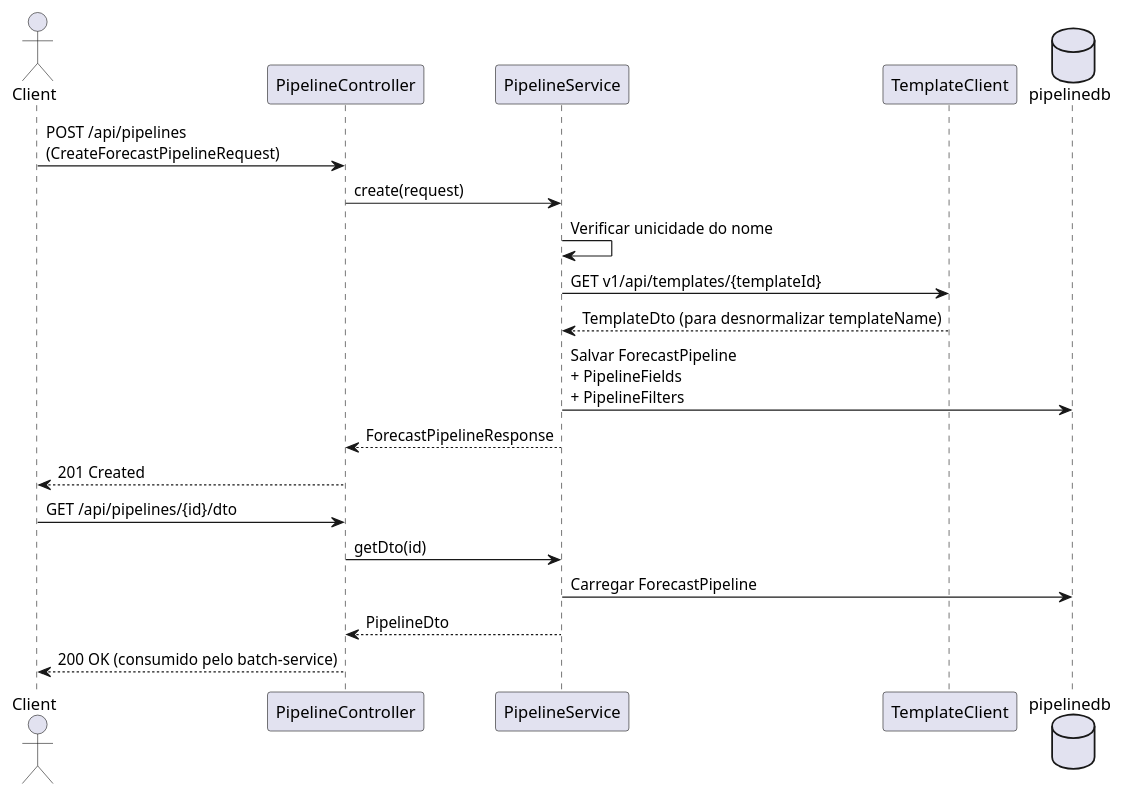
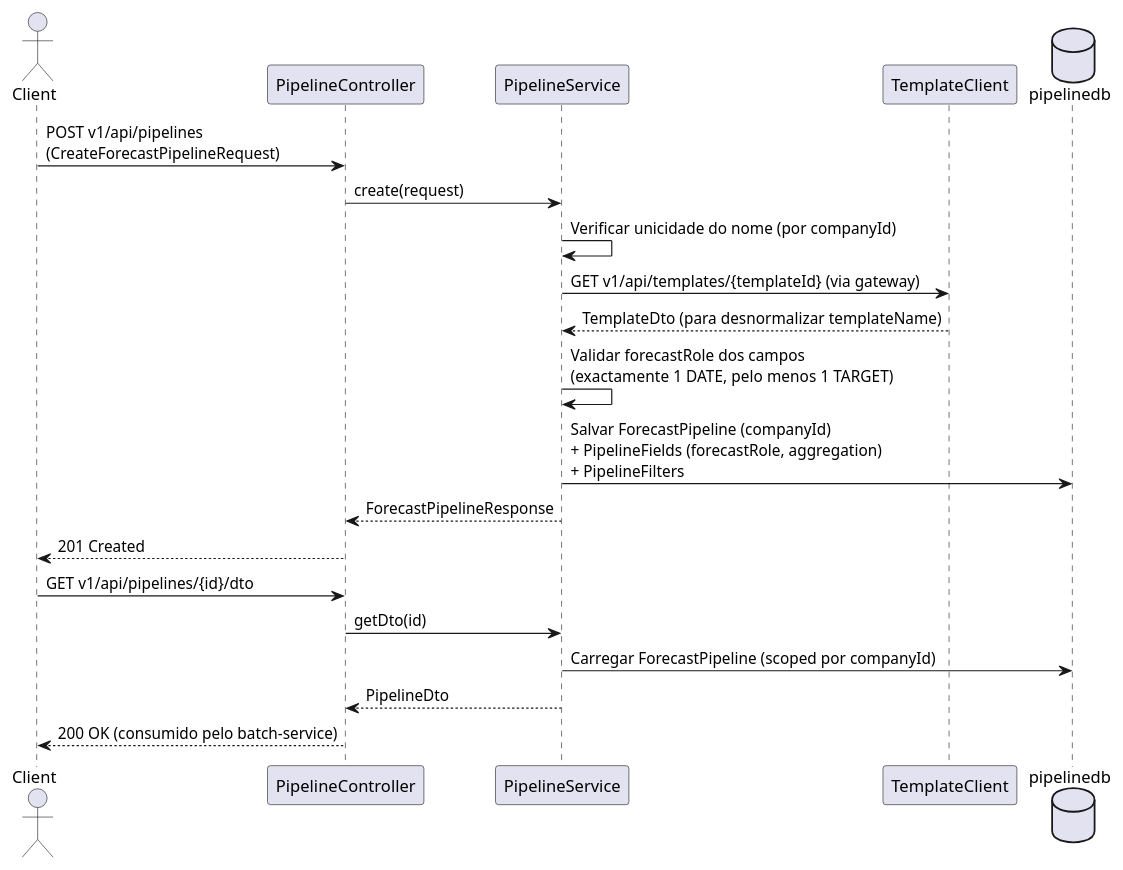
Before and after one commit to paulo-uab/salesPrevision: the eighth of 17 diagrams in docs/technical-documentation.md, drawn with PlantUML. The commit also changed other lines of this file and 48 other files, not shown here.

````diff
--- a/docs/technical-documentation.md
+++ b/docs/technical-documentation.md
@@ -646,24 +820,25 @@
 ```plantuml
 @startuml pipeline-flow
 actor Client
 participant "PipelineController" as PC
 participant "PipelineService" as PS
 participant "TemplateClient" as TC
 database "pipelinedb" as DB
 
-Client -> PC : POST /api/pipelines\n(CreateForecastPipelineRequest)
+Client -> PC : POST v1/api/pipelines\n(CreateForecastPipelineRequest)
 PC -> PS : create(request)
-PS -> PS : Verificar unicidade do nome
-PS -> TC : GET v1/api/templates/{templateId}
+PS -> PS : Verificar unicidade do nome (por companyId)
+PS -> TC : GET v1/api/templates/{templateId} (via gateway)
 TC --> PS : TemplateDto (para desnormalizar templateName)
-PS -> DB : Salvar ForecastPipeline\n+ PipelineFields\n+ PipelineFilters
+PS -> PS : Validar forecastRole dos campos\n(exactamente 1 DATE, pelo menos 1 TARGET)
+PS -> DB : Salvar ForecastPipeline (companyId)\n+ PipelineFields (forecastRole, aggregation)\n+ PipelineFilters
 PS --> PC : ForecastPipelineResponse
 PC --> Client : 201 Created
 
-Client -> PC : GET /api/pipelines/{id}/dto
+Client -> PC : GET v1/api/pipelines/{id}/dto
 PC -> PS : getDto(id)
-PS -> DB : Carregar ForecastPipeline
+PS -> DB : Carregar ForecastPipeline (scoped por companyId)
 PS --> PC : PipelineDto
 PC --> Client : 200 OK (consumido pelo batch-service)
 @enduml
 ```
````
